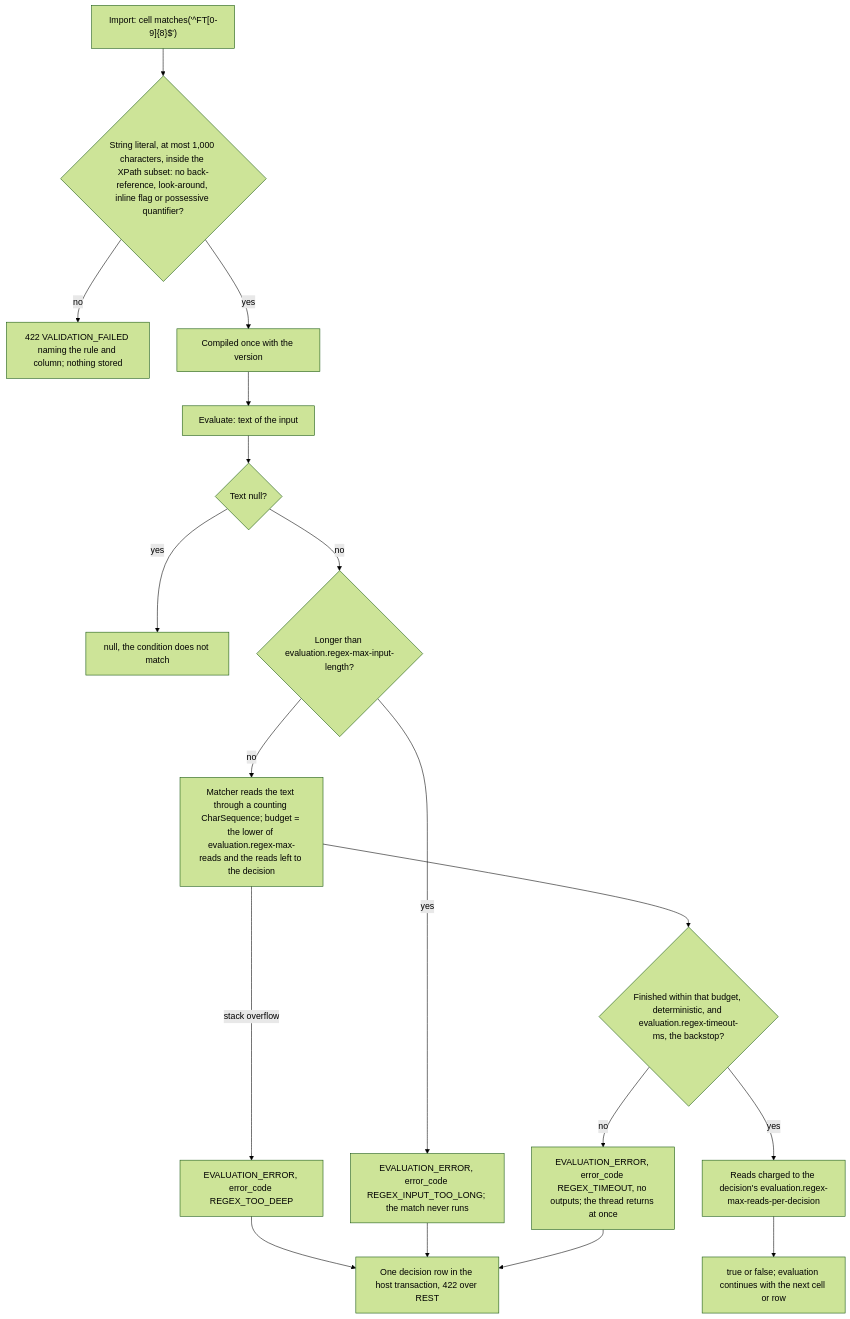
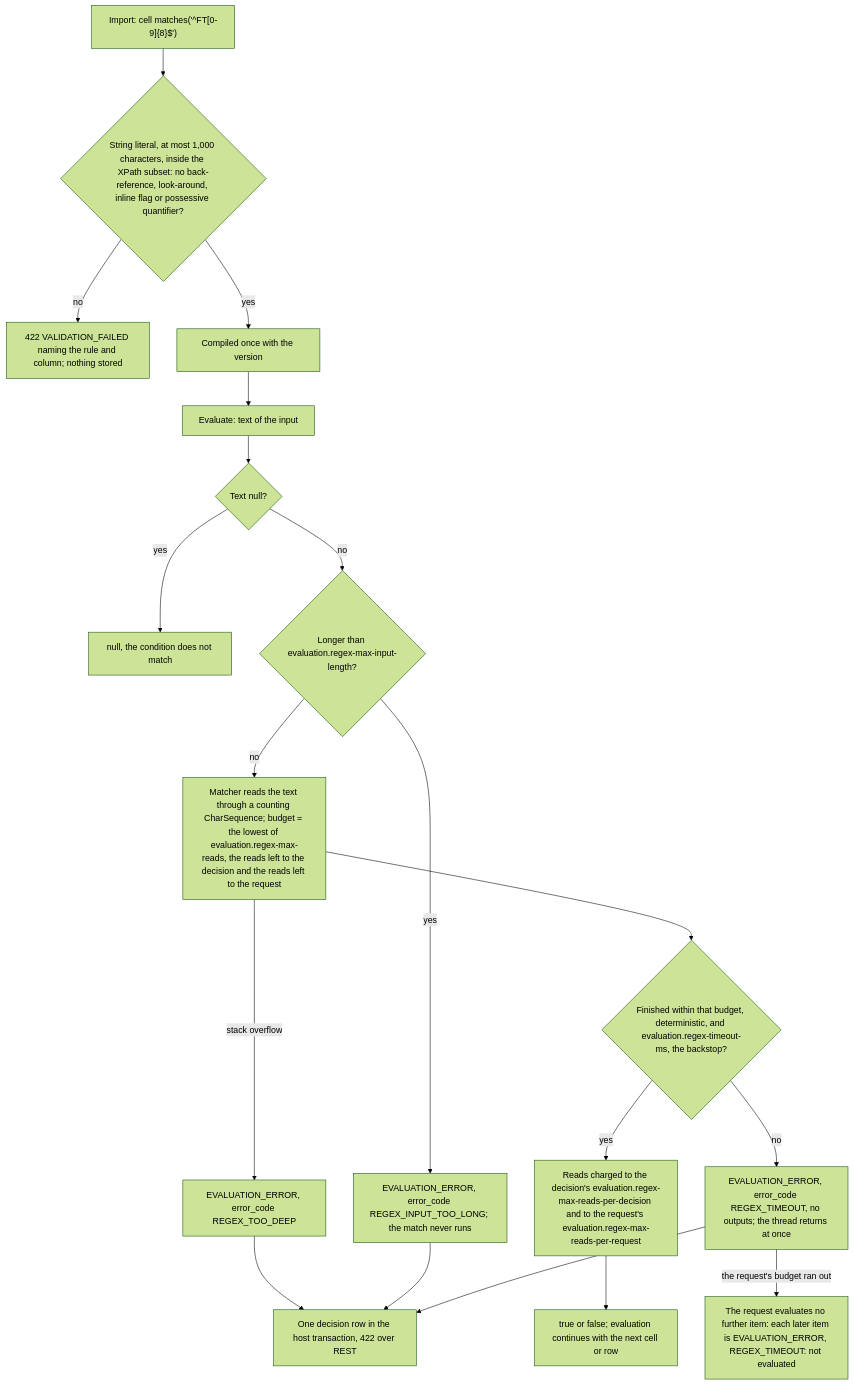
The diagram in rule-engine/docs/diagrams/regex-bounds.mmd (dhluong90/horus-Agentic-BPM), drawn with Mermaid (forest theme) before and after one commit. The commit also changed 17 other files, not shown here.

First line of the commit message:
feat(rule-engine): regex read budget per request (#309)

```diff
--- a/rule-engine/docs/diagrams/regex-bounds.mmd
+++ b/rule-engine/docs/diagrams/regex-bounds.mmd
@@ -1,18 +1,19 @@
 flowchart TD
   A["Import: cell matches('^FT[0-9]{8}$')"] --> B{"String literal, at most 1,000 characters, inside the XPath subset: no back-reference, look-around, inline flag or possessive quantifier?"}
   B -- no --> C["422 VALIDATION_FAILED naming the rule and column; nothing stored"]
   B -- yes --> D["Compiled once with the version"]
   D --> E["Evaluate: text of the input"]
   E --> F{"Text null?"}
   F -- yes --> G["null, the condition does not match"]
   F -- no --> H{"Longer than evaluation.regex-max-input-length?"}
   H -- yes --> I["EVALUATION_ERROR, error_code REGEX_INPUT_TOO_LONG; the match never runs"]
-  H -- no --> J["Matcher reads the text through a counting CharSequence; budget = the lower of evaluation.regex-max-reads and the reads left to the decision"]
+  H -- no --> J["Matcher reads the text through a counting CharSequence; budget = the lowest of evaluation.regex-max-reads, the reads left to the decision and the reads left to the request"]
   J --> K{"Finished within that budget, deterministic, and evaluation.regex-timeout-ms, the backstop?"}
-  K -- yes --> P["Reads charged to the decision's evaluation.regex-max-reads-per-decision"]
+  K -- yes --> P["Reads charged to the decision's evaluation.regex-max-reads-per-decision and to the request's evaluation.regex-max-reads-per-request"]
   P --> L["true or false; evaluation continues with the next cell or row"]
   K -- no --> M["EVALUATION_ERROR, error_code REGEX_TIMEOUT, no outputs; the thread returns at once"]
   J -- stack overflow --> O["EVALUATION_ERROR, error_code REGEX_TOO_DEEP"]
   O --> N
   I --> N["One decision row in the host transaction, 422 over REST"]
   M --> N
+  M -- "the request's budget ran out" --> Q["The request evaluates no further item: each later item is EVALUATION_ERROR, REGEX_TIMEOUT: not evaluated"]
```
